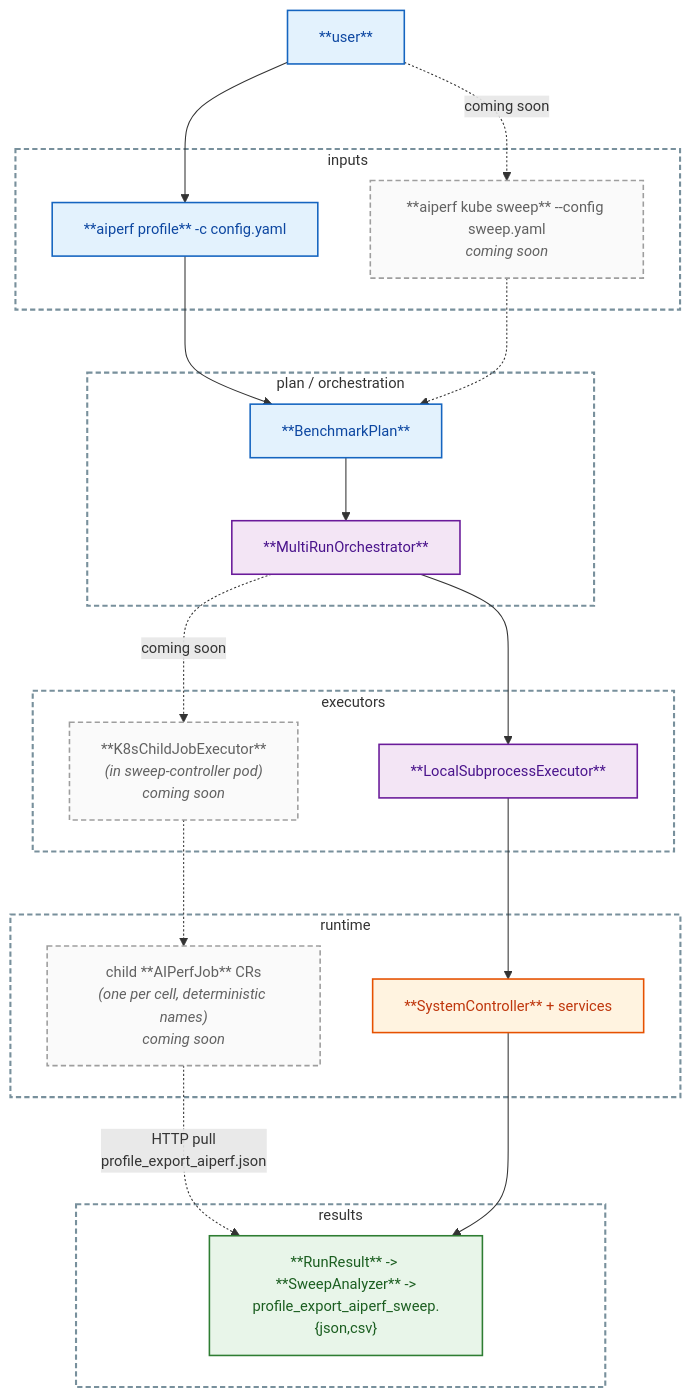
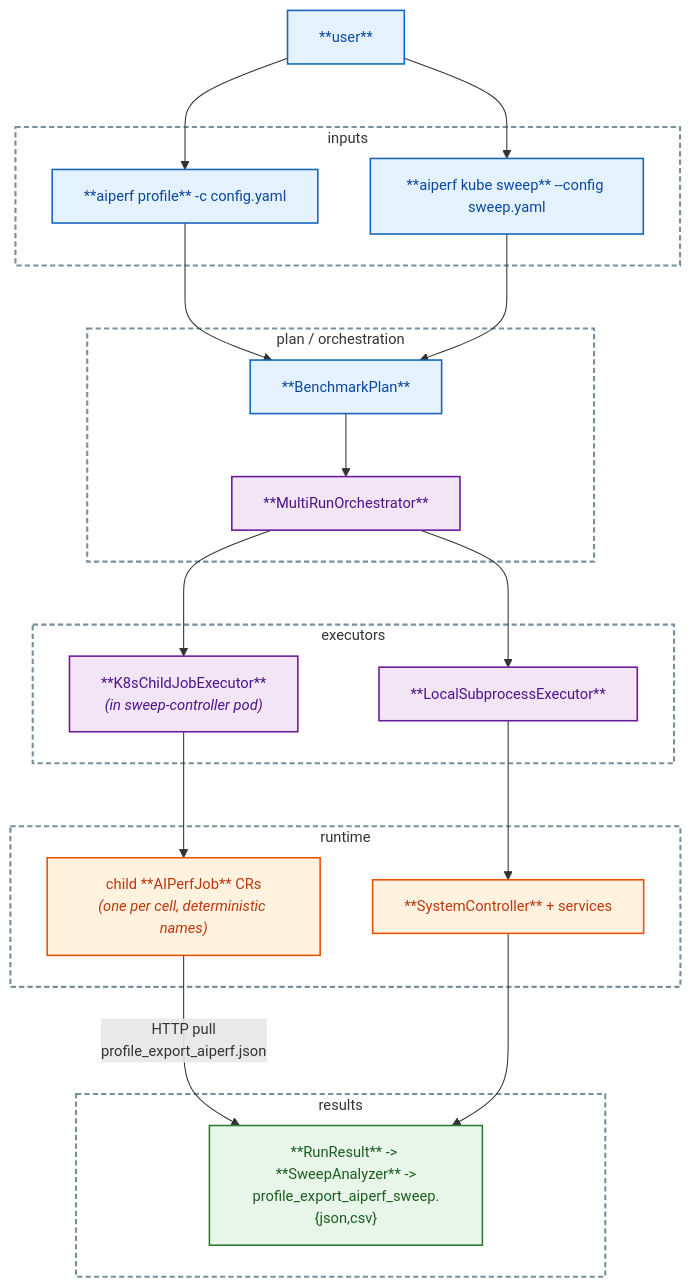
Before and after one commit to ai-dynamo/aiperf: diagram 21 of 35 in fern/pages-dev/dev/sweep-orchestrator.md, drawn with Mermaid. The commit also changed other lines of this file and 41 other files, not shown here.

````diff
--- a/fern/pages-dev/dev/sweep-orchestrator.md
+++ b/fern/pages-dev/dev/sweep-orchestrator.md
@@ -1108,59 +1116,58 @@
 ```mermaid
 %%{init: {'flowchart': {'nodeSpacing': 50, 'rankSpacing': 60, 'htmlLabels': true}, 'themeVariables': {'fontSize': '14px'}}}%%
 flowchart TD
     user["**user**"]
 
     subgraph INPUTS["inputs"]
         cli["**aiperf profile** -c config.yaml"]
-        kube["**aiperf kube sweep** --config sweep.yaml<br/><i>coming soon</i>"]
+        kube["**aiperf kube sweep** --config sweep.yaml"]
     end
 
     subgraph CORE["plan / orchestration"]
         plan["**BenchmarkPlan**"]
         orch["**MultiRunOrchestrator**"]
     end
 
     subgraph EXEC["executors"]
         local["**LocalSubprocessExecutor**"]
-        k8s["**K8sChildJobExecutor**<br/><i>(in sweep-controller pod)</i><br/><i>coming soon</i>"]
+        k8s["**K8sChildJobExecutor**<br/><i>(in sweep-controller pod)</i>"]
     end
 
     subgraph RUNTIME["runtime"]
         sysctrl["**SystemController** + services"]
-        child["child **AIPerfJob** CRs<br/><i>(one per cell, deterministic names)</i><br/><i>coming soon</i>"]
+        child["child **AIPerfJob** CRs<br/><i>(one per cell, deterministic names)</i>"]
     end
 
     subgraph RESULTS["results"]
         out["**RunResult** -> **SweepAnalyzer** -><br/>profile_export_aiperf_sweep.{json,csv}"]
     end
 
     user --> cli --> plan
-    user -.->|"coming soon"| kube -.-> plan
+    user --> kube --> plan
 
     plan --> orch
     orch --> local
-    orch -.->|"coming soon"| k8s
+    orch --> k8s
     local --> sysctrl
-    k8s -.-> child
-    child -.->|"HTTP pull<br/>profile_export_aiperf.json"| out
+    k8s --> child
+    child -->|"HTTP pull<br/>profile_export_aiperf.json"| out
     sysctrl --> out
 
     classDef data fill:#e3f2fd,stroke:#1565c0,stroke-width:1.5px,color:#0d47a1
     classDef proc fill:#fff3e0,stroke:#e65100,stroke-width:1.5px,color:#bf360c
     classDef decision fill:#f3e5f5,stroke:#6a1b9a,stroke-width:1.5px,color:#4a148c
     classDef art fill:#e8f5e9,stroke:#2e7d32,stroke-width:1.5px,color:#1b5e20
-    classDef coming fill:#fafafa,stroke:#9e9e9e,stroke-width:1.5px,stroke-dasharray:5 3,color:#616161
 
-    class user,cli data
+    class user,cli,kube data
     class plan data
-    class orch,local decision
+    class orch,local,k8s decision
     class sysctrl proc
     class out art
-    class kube,k8s,child coming
+    class child proc
 
     style INPUTS fill:transparent,stroke:#78909c,stroke-width:2px,stroke-dasharray:5 3
     style CORE fill:transparent,stroke:#78909c,stroke-width:2px,stroke-dasharray:5 3
     style EXEC fill:transparent,stroke:#78909c,stroke-width:2px,stroke-dasharray:5 3
     style RUNTIME fill:transparent,stroke:#78909c,stroke-width:2px,stroke-dasharray:5 3
     style RESULTS fill:transparent,stroke:#78909c,stroke-width:2px,stroke-dasharray:5 3
 ```
````
